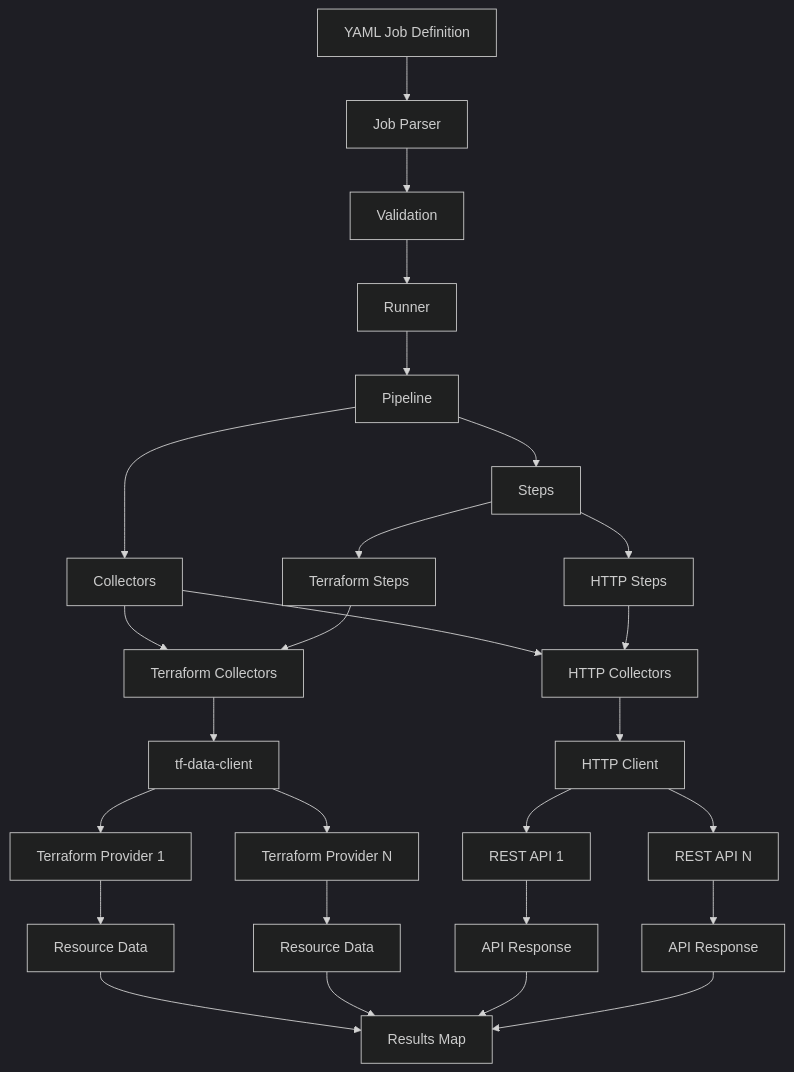
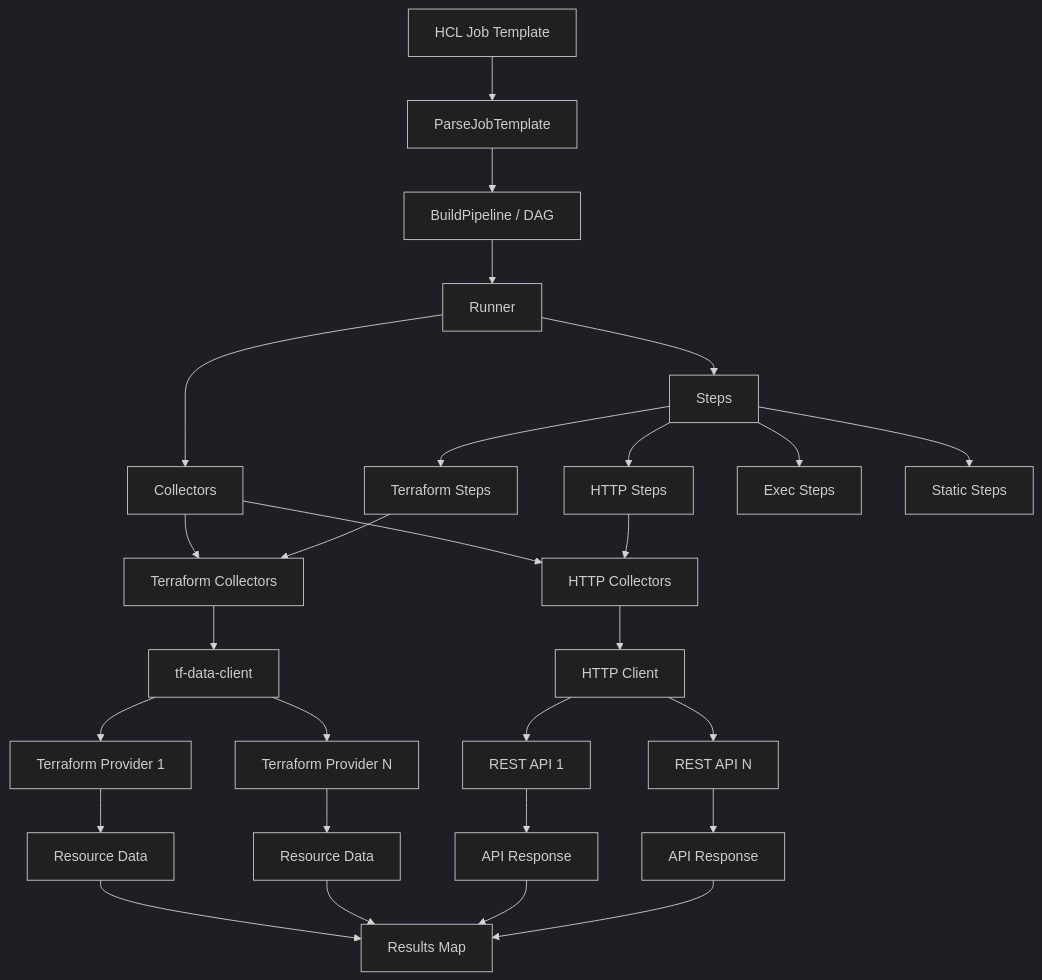
One commit to infracollect/infracollect changed the diagram in docs/ARCHITECTURE.md. Above: the diagram before and after it, drawn with Mermaid (dark theme). The commit also changed other lines of this file and 68 other files, not shown here.

````diff
--- a/docs/ARCHITECTURE.md
+++ b/docs/ARCHITECTURE.md
@@ -13,36 +13,37 @@
 ```mermaid
 flowchart TD
-    YAML[YAML Job Definition] --> Parser[Job Parser]
-    Parser --> Validate[Validation]
-    Validate --> Runner[Runner]
-    Runner --> Pipeline[Pipeline]
+    HCL[HCL Job Template] --> Parser[ParseJobTemplate]
+    Parser --> Build[BuildPipeline / DAG]
+    Build --> Runner[Runner]
 
-    Pipeline --> Collectors[Collectors]
+    Runner --> Collectors[Collectors]
     Collectors --> TFC[Terraform Collectors]
     Collectors --> HC[HTTP Collectors]
 
     TFC --> TFClient[tf-data-client]
     TFClient --> Provider1[Terraform Provider 1]
     TFClient --> ProviderN[Terraform Provider N]
 
     HC --> HTTPClient[HTTP Client]
     HTTPClient --> API1[REST API 1]
     HTTPClient --> APIN[REST API N]
 
     Provider1 --> Results1[Resource Data]
     ProviderN --> Results2[Resource Data]
     API1 --> Results3[API Response]
     APIN --> Results4[API Response]
 
-    Pipeline --> Steps[Steps]
+    Runner --> Steps[Steps]
     Steps --> TFStep[Terraform Steps]
     Steps --> HTTPStep[HTTP Steps]
+    Steps --> ExecStep[Exec Steps]
+    Steps --> StaticStep[Static Steps]
 
     TFStep --> TFC
     HTTPStep --> HC
 
     Results1 --> Final[Results Map]
     Results2 --> Final
     Results3 --> Final
     Results4 --> Final
 ```
````
